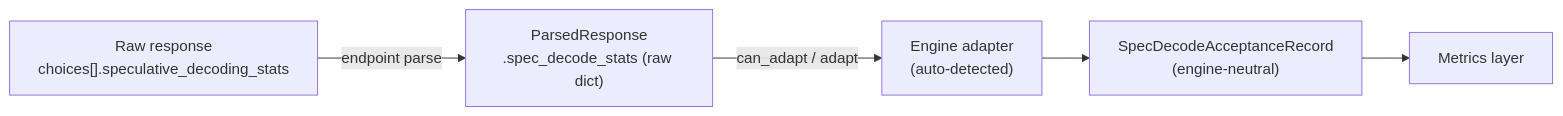
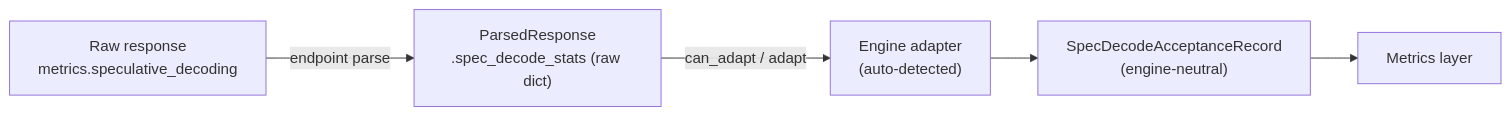
The diagram in docs/reference/spec-decode-acceptance.md (ai-dynamo/aiperf), drawn with Mermaid before and after one commit. The commit also changed other lines of this file and 8 other files, not shown here.

````diff
--- a/docs/reference/spec-decode-acceptance.md
+++ b/docs/reference/spec-decode-acceptance.md
@@ -67,9 +67,9 @@
 ```mermaid
 flowchart LR
-    R["Raw response<br/>choices[].speculative_decoding_stats"]
+    R["Raw response<br/>metrics.speculative_decoding"]
     P["ParsedResponse<br/>.spec_decode_stats (raw dict)"]
     A["Engine adapter<br/>(auto-detected)"]
     N["SpecDecodeAcceptanceRecord<br/>(engine-neutral)"]
     M["Metrics layer"]
     R -->|endpoint parse| P -->|can_adapt / adapt| A --> N --> M
 ```
````
